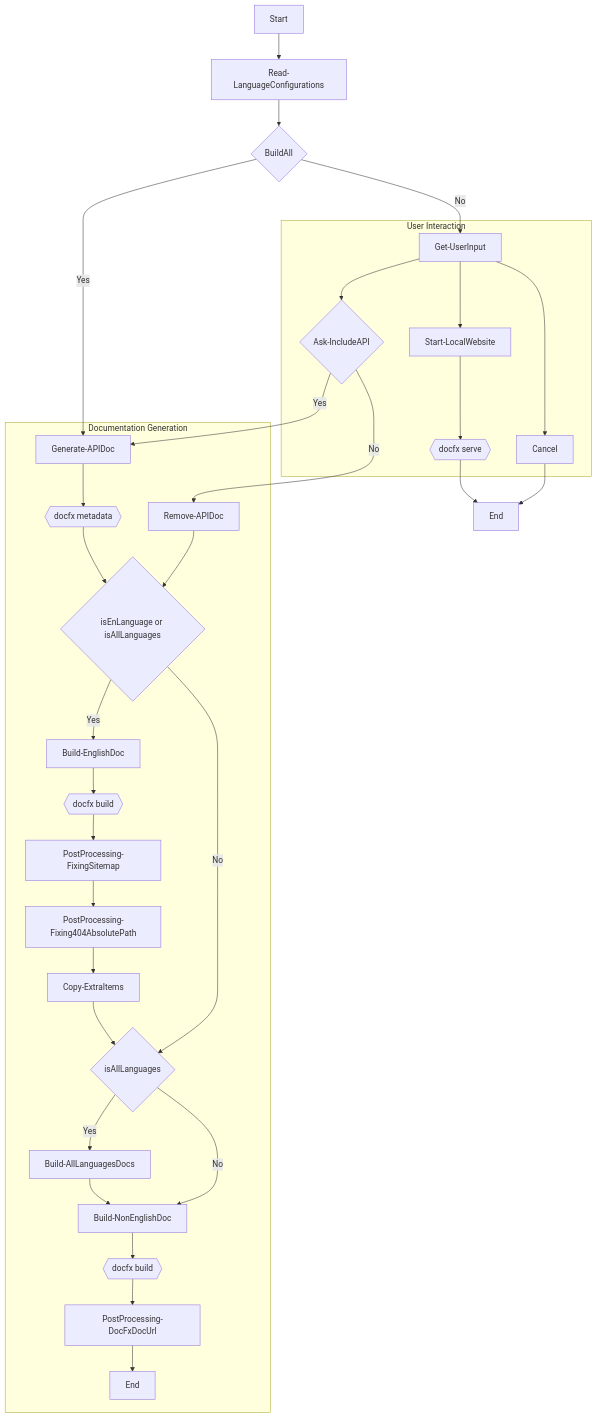
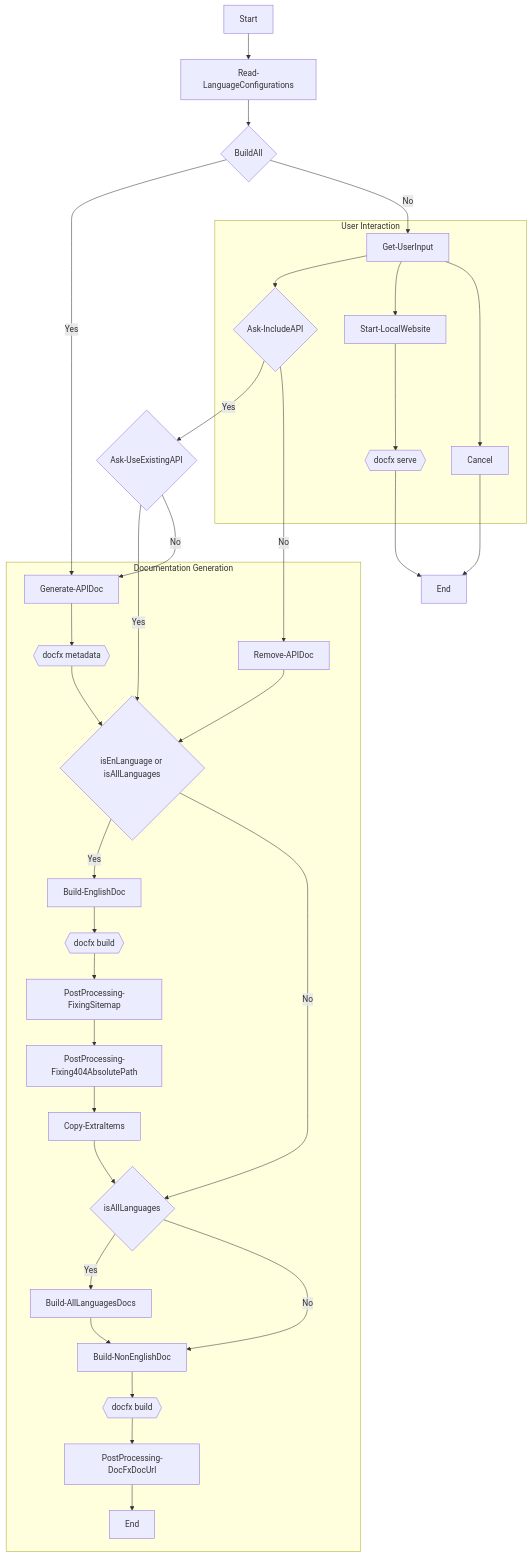
Before and after one commit to stride3d/stride-docs: the diagram in wiki/Understanding-the-Stride-Documentation-Generation-Pipeline.md, drawn with Mermaid.

Commit message:
feat: Flow diagram updated with Ask-UseExistingAPI

````diff
--- a/wiki/Understanding-the-Stride-Documentation-Generation-Pipeline.md
+++ b/wiki/Understanding-the-Stride-Documentation-Generation-Pipeline.md
@@ -85,56 +85,59 @@
 ``` mermaid
 %% Define styles
 
 %% Main Graph
 graph TB
 
 %% Nodes
     Start[Start]
     A[Read-LanguageConfigurations]
     B{BuildAll}
     C[Get-UserInput]
     D[Generate-APIDoc]
     E{Ask-IncludeAPI}
+    E1{Ask-UseExistingAPI}
     End[End]
     F[Start-LocalWebsite]
     G[Cancel]
     H[Remove-APIDoc]
     M{isEnLanguage or isAllLanguages}
     N[Build-EnglishDoc]
     O[PostProcessing-FixingSitemap]
     O1[PostProcessing-Fixing404AbsolutePath]
     P[Copy-ExtraItems]
     R{isAllLanguages}
     S[Build-AllLanguagesDocs]
     T[Build-NonEnglishDoc]
     Y[PostProcessing-DocFxDocUrl]
     Z[End]
 
 %% Edges
     Start --> A --> B
     B -->|Yes| D
     B -->|No| C
     subgraph User Interaction
     C --> E
     C --> F --> F1{{docfx serve}}
     C --> G
     end
     F1 --> End
     G --> End
-    E -->|Yes| D
+    E -->|Yes| E1
     E -->|No| H
+    E1 -->|Yes| M
+    E1 -->|No| D
     subgraph Documentation Generation
     H --> M
     D --> D1{{docfx metadata}} --> M
     M -->|Yes| N
     M -->|No| R
     N --> DocFX{{docfx build}} --> O --> O1--> P
     P --> R
     R -->|Yes| S
     R -->|No| T
     S --> T
     T --> X{{docfx build}}
     X --> Y
     Y --> Z
     end
 ```
````
